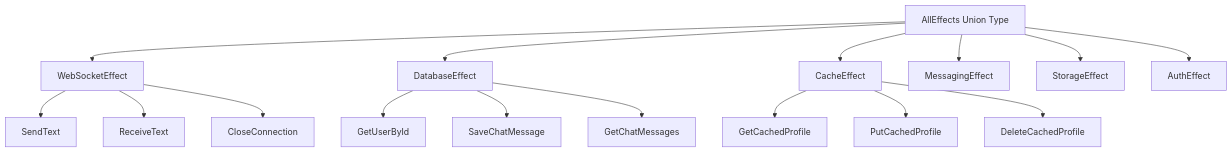
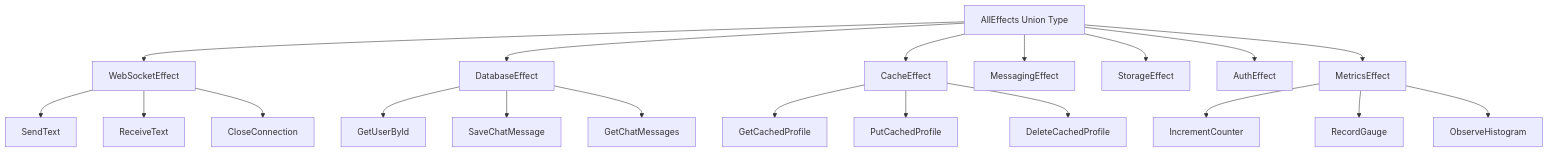
The third of 7 diagrams in documents/core/architecture.md (Tuee22/effectful), drawn with Mermaid before and after one commit. The commit also changed other lines of this file and 14 other files, not shown here.

````diff
--- a/documents/core/architecture.md
+++ b/documents/core/architecture.md
@@ -207,29 +219,35 @@
 ```mermaid
 flowchart TB
     AllEffects[AllEffects Union Type]
     WebSocket[WebSocketEffect]
     Database[DatabaseEffect]
     Cache[CacheEffect]
     Messaging[MessagingEffect]
     Storage[StorageEffect]
     Auth[AuthEffect]
+    Metrics[MetricsEffect]
 
     AllEffects --> WebSocket
     AllEffects --> Database
     AllEffects --> Cache
     AllEffects --> Messaging
     AllEffects --> Storage
     AllEffects --> Auth
+    AllEffects --> Metrics
 
     WebSocket --> SendText[SendText]
     WebSocket --> ReceiveText[ReceiveText]
     WebSocket --> CloseConnection[CloseConnection]
 
     Database --> GetUserById[GetUserById]
     Database --> SaveChatMessage[SaveChatMessage]
     Database --> GetChatMessages[GetChatMessages]
 
     Cache --> GetCachedProfile[GetCachedProfile]
     Cache --> PutCachedProfile[PutCachedProfile]
     Cache --> DeleteCachedProfile[DeleteCachedProfile]
+
+    Metrics --> IncrementCounter[IncrementCounter]
+    Metrics --> RecordGauge[RecordGauge]
+    Metrics --> ObserveHistogram[ObserveHistogram]
 ```
````
